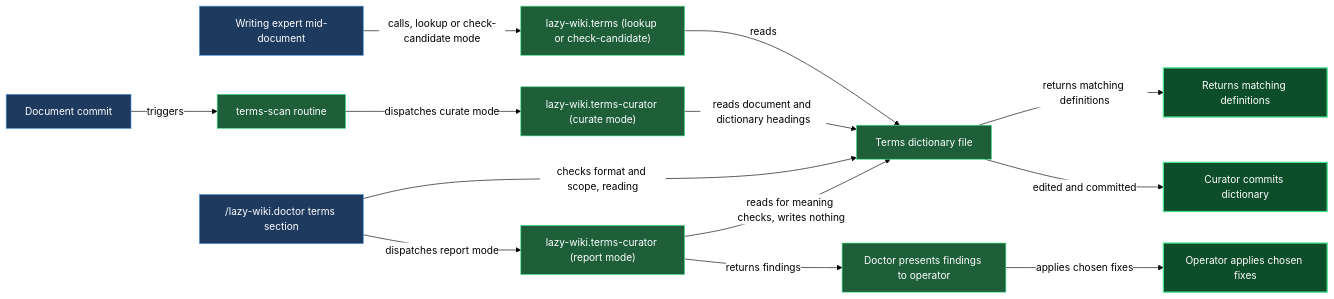
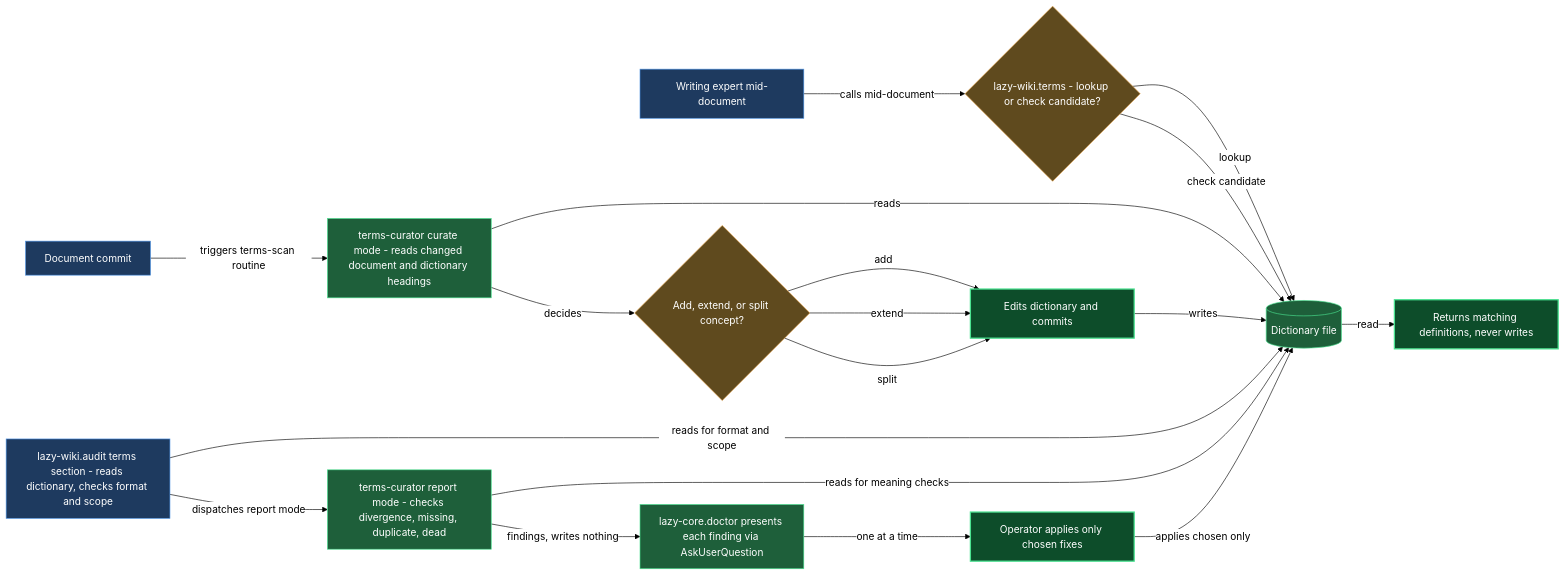
The diagram in claude/lazycortex-wiki/help/terms.md (mebius-san/lazy-cortex), drawn with Mermaid before and after one commit. The commit also changed other lines of this file and 288 other files, not shown here.

First line of the commit message:
release core 9.3.0, diagram 1.2.1, experts 1.5.0, observe 2.0.0, obsidian 5.2.1, python 4.4.0, review 6.4.3, specs 8.0.0, wiki 3.0.0

````diff
--- a/claude/lazycortex-wiki/help/terms.md
+++ b/claude/lazycortex-wiki/help/terms.md
@@ -47,46 +49,54 @@
 ```mermaid
 %%{init: {'themeVariables':{'background':'transparent','lineColor':'#000','textColor':'#000','edgeLabelBackground':'#fff'},'themeCSS':'.edgeLabel{background-color:transparent!important}.edgeLabel p{background-color:transparent!important}','flowchart':{'diagramPadding':5,'useMaxWidth':true}}}%%
 flowchart LR
   writingExpert["Writing expert mid-document"]
-  lazyWikiTerms["lazy-wiki.terms (lookup or check-candidate)"]
-  dictionaryFile["Terms dictionary file"]
-  returnDefinitions["Returns matching definitions"]
+  termsLookup{"lazy-wiki.terms - lookup or check candidate?"}
+  termsReturns["Returns matching definitions, never writes"]
   documentCommit["Document commit"]
-  termsScanRoutine["terms-scan routine"]
-  curatorCurate["lazy-wiki.terms-curator (curate mode)"]
-  curatorCommits["Curator commits dictionary"]
-  doctorTermsSection["/lazy-wiki.doctor terms section"]
-  curatorReport["lazy-wiki.terms-curator (report mode)"]
-  doctorPresents["Doctor presents findings to operator"]
-  operatorApplies["Operator applies chosen fixes"]
+  curatorCurate["terms-curator curate mode - reads changed document and dictionary headings"]
+  curatorDecision{"Add, extend, or split concept?"}
+  curatorCommits["Edits dictionary and commits"]
+  auditTerms["lazy-wiki.audit terms section - reads dictionary, checks format and scope"]
+  curatorReport["terms-curator report mode - checks divergence, missing, duplicate, dead"]
+  doctorReview["lazy-core.doctor presents each finding via AskUserQuestion"]
+  operatorApplies["Operator applies only chosen fixes"]
+  dictionaryFile[("Dictionary file")]
 
-  writingExpert -->|calls, lookup or check-candidate mode| lazyWikiTerms
-  lazyWikiTerms -->|reads| dictionaryFile
-  dictionaryFile -->|returns matching definitions| returnDefinitions
-  documentCommit -->|triggers| termsScanRoutine
-  termsScanRoutine -->|dispatches curate mode| curatorCurate
-  curatorCurate -->|reads document and dictionary headings| dictionaryFile
-  dictionaryFile -->|edited and committed| curatorCommits
-  doctorTermsSection -->|checks format and scope, reading| dictionaryFile
-  doctorTermsSection -->|dispatches report mode| curatorReport
-  curatorReport -->|reads for meaning checks, writes nothing| dictionaryFile
-  curatorReport -->|returns findings| doctorPresents
-  doctorPresents -->|applies chosen fixes| operatorApplies
+  writingExpert -->|calls mid-document| termsLookup
+  termsLookup -->|lookup| dictionaryFile
+  termsLookup -->|check candidate| dictionaryFile
+  dictionaryFile -->|read| termsReturns
+
+  documentCommit -->|triggers terms-scan routine| curatorCurate
+  curatorCurate -->|reads| dictionaryFile
+  curatorCurate -->|decides| curatorDecision
+  curatorDecision -->|add| curatorCommits
+  curatorDecision -->|extend| curatorCommits
+  curatorDecision -->|split| curatorCommits
+  curatorCommits -->|writes| dictionaryFile
+
+  auditTerms -->|reads for format and scope| dictionaryFile
+  auditTerms -->|dispatches report mode| curatorReport
+  curatorReport -->|reads for meaning checks| dictionaryFile
+  curatorReport -->|findings, writes nothing| doctorReview
+  doctorReview -->|one at a time| operatorApplies
+  operatorApplies -->|applies chosen only| dictionaryFile
 
   classDef entry fill:#1e3a5f,stroke:#4a90e2,color:#fff
+  classDef guard fill:#5f4a1e,stroke:#e2a14a,color:#fff
   classDef action fill:#1e5f3a,stroke:#4ae290,color:#fff
   classDef success fill:#0d4d2a,stroke:#4ae290,color:#fff,stroke-width:2px
 
   class writingExpert entry
   class documentCommit entry
-  class doctorTermsSection entry
-  class lazyWikiTerms action
+  class auditTerms entry
+  class termsLookup guard
+  class curatorDecision guard
   class dictionaryFile action
-  class termsScanRoutine action
   class curatorCurate action
   class curatorReport action
-  class doctorPresents action
-  class returnDefinitions success
+  class doctorReview action
+  class termsReturns success
   class curatorCommits success
   class operatorApplies success
 ```
````
